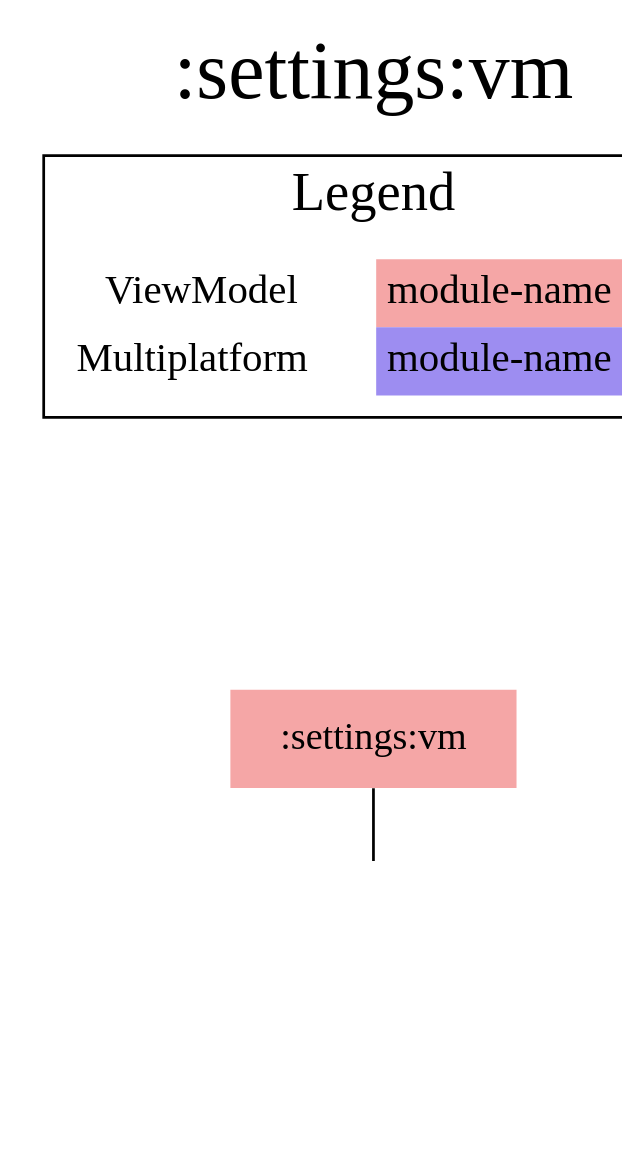
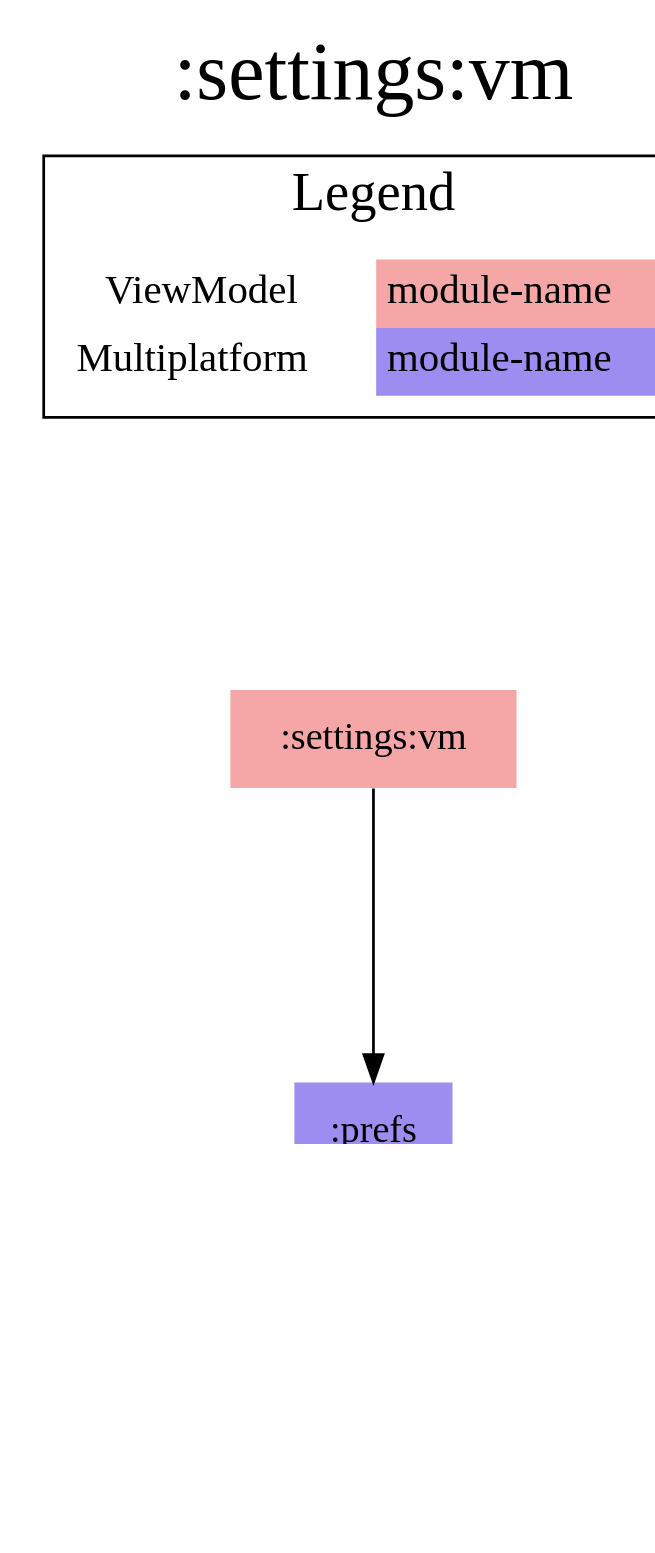
The diagram in modules/settings/vm/modules.dot (jonapoul/aktual), drawn with Graphviz before and after one commit. The commit also changed 184 other files, not shown here.

```diff
--- a/modules/settings/vm/modules.dot
+++ b/modules/settings/vm/modules.dot
@@ -1,22 +1,26 @@
 digraph {
 edge ["dir"="forward"]
 graph ["dpi"="100","label"=":settings:vm","labelloc"="t","fontsize"="30","ranksep"="1.5","rankdir"="TB"]
 node ["style"="filled"]
-":core:colorscheme" ["fillcolor"="#9D8DF1","shape"="none"]
+":account:model" ["fillcolor"="#9D8DF1","shape"="none"]
+":core:model" ["fillcolor"="#9D8DF1","shape"="none"]
+":prefs" ["fillcolor"="#9D8DF1","shape"="none"]
 ":settings:vm" ["fillcolor"="#F5A6A6","shape"="none"]
 {
 edge ["dir"="none"]
 graph ["rank"="same"]
 }
-":settings:vm" -> ":core:colorscheme"
+":prefs" -> ":account:model"
+":prefs" -> ":core:model"
+":settings:vm" -> ":prefs"
 subgraph "cluster_legend" {
 edge ["dir"="none"]
 graph ["label"="Legend","fontsize"="20"]
 "Legend" ["style"="filled","fillcolor"="#FFFFFF","shape"="none","margin"="0","fontsize"="15","label"=<
 <TABLE BORDER="0" CELLBORDER="0" CELLSPACING="0" CELLPADDING="4">
 <TR><TD>ViewModel</TD><TD BGCOLOR="#F5A6A6">module-name</TD></TR>
 <TR><TD>Multiplatform</TD><TD BGCOLOR="#9D8DF1">module-name</TD></TR>
 </TABLE>
 >]
 } -> ":settings:vm" ["style"="invis"]
 }
```
